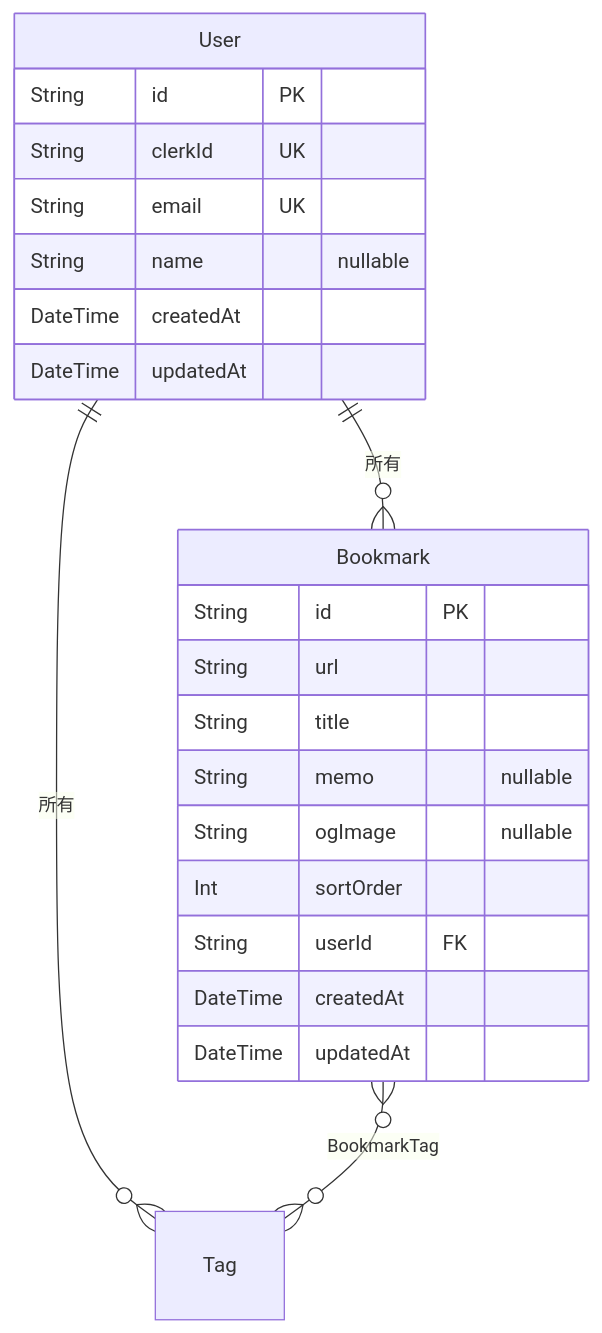
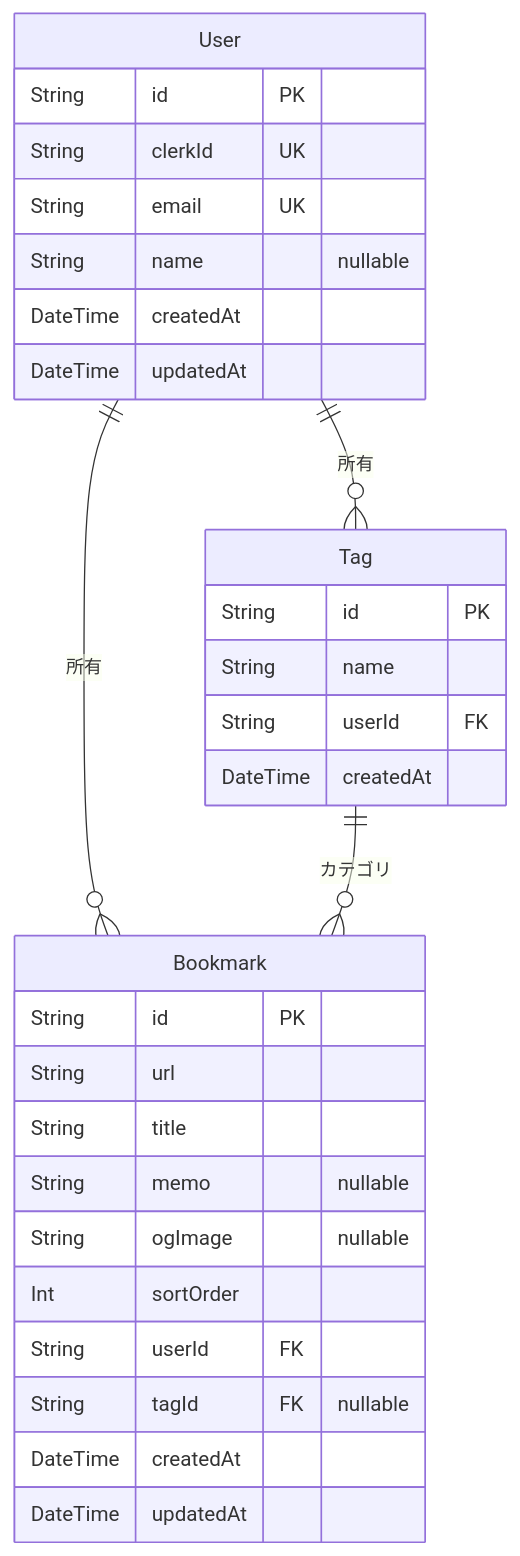
The diagram in docs/schema.md (ot-nemoto/link-hub), drawn with Mermaid before and after one commit. The commit also changed other lines of this file and 19 other files, not shown here.

````diff
--- a/docs/schema.md
+++ b/docs/schema.md
@@ -78,26 +69,33 @@
 ```mermaid
 erDiagram
     User {
         String id PK
         String clerkId UK
         String email UK
         String name "nullable"
         DateTime createdAt
         DateTime updatedAt
     }
     Bookmark {
         String id PK
         String url
         String title
         String memo "nullable"
         String ogImage "nullable"
         Int sortOrder
         String userId FK
+        String tagId FK "nullable"
         DateTime createdAt
         DateTime updatedAt
+    }
+    Tag {
+        String id PK
+        String name
+        String userId FK
+        DateTime createdAt
     }
 
     User ||--o{ Bookmark : "所有"
     User ||--o{ Tag : "所有"
-    Bookmark }o--o{ Tag : "BookmarkTag"
+    Tag ||--o{ Bookmark : "カテゴリ"
 ```
````
